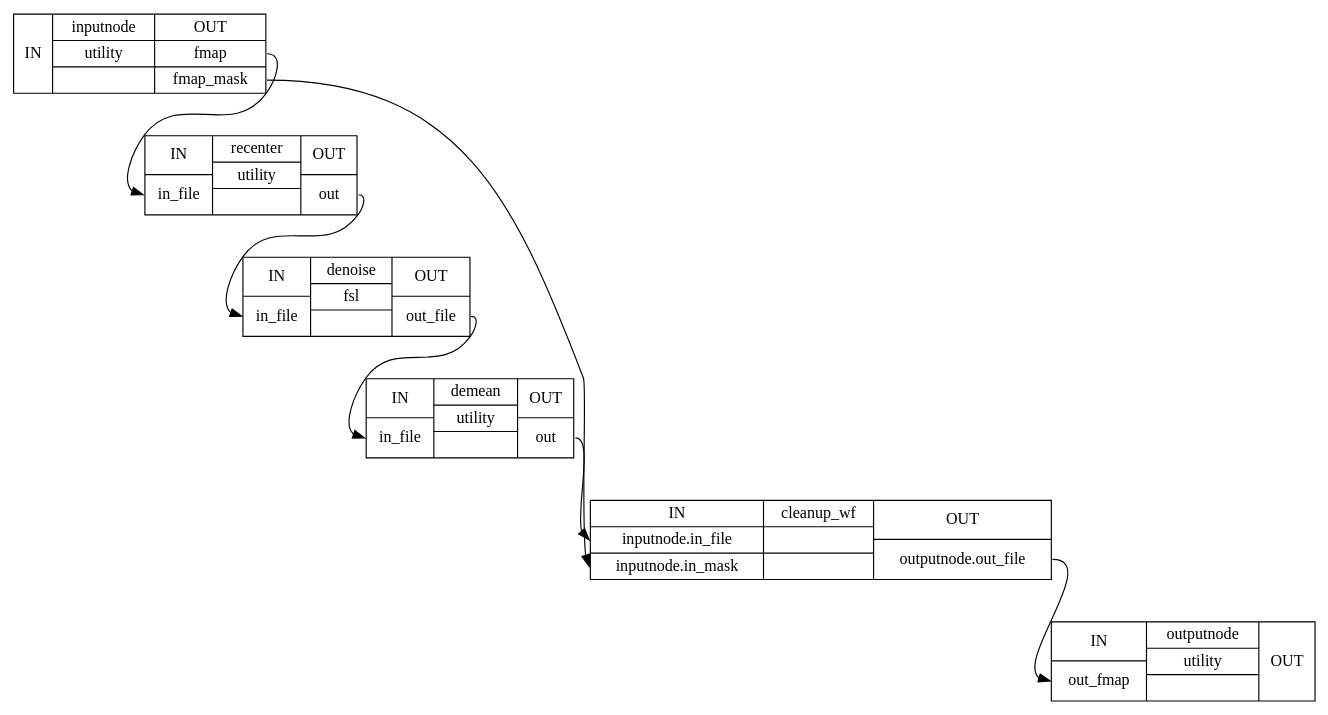
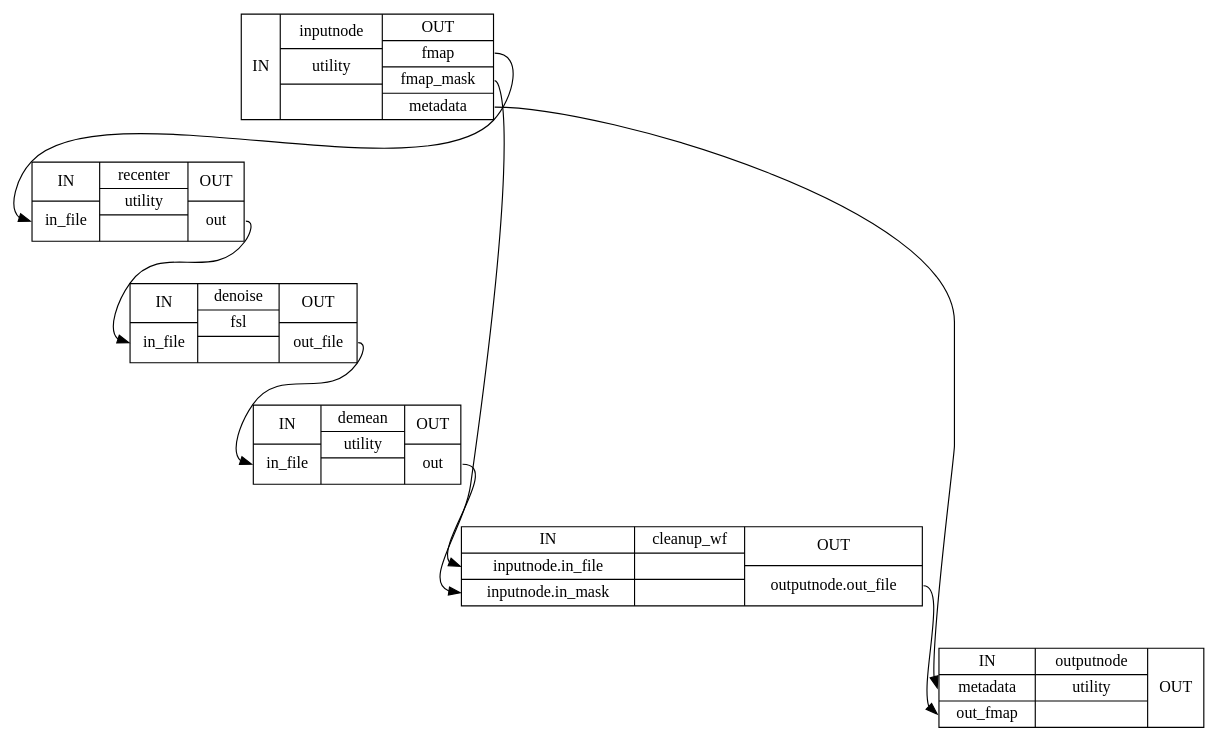
Before and after one commit to wayne009007/sdcflows: the diagram in wf_directive/api/fmap_postproc_wf/sdcflows-workflows-gre-1_detailed.dot, drawn with Graphviz. The commit also changed 189 other files, not shown here.

```diff
--- a/wf_directive/api/fmap_postproc_wf/sdcflows-workflows-gre-1_detailed.dot
+++ b/wf_directive/api/fmap_postproc_wf/sdcflows-workflows-gre-1_detailed.dot
@@ -1,15 +1,16 @@
 digraph structs {
 node [shape=record];
-fmap_postproc_wfinputnode [label="{IN}|{ inputnode | utility |  }|{OUT|<outfmap> fmap|<outfmapmask> fmap_mask}"];
+fmap_postproc_wfinputnode [label="{IN}|{ inputnode | utility |  }|{OUT|<outfmap> fmap|<outfmapmask> fmap_mask|<outmetadata> metadata}"];
 fmap_postproc_wfrecenter [label="{IN|<ininfile> in_file}|{ recenter | utility |  }|{OUT|<outout> out}"];
 fmap_postproc_wfdenoise [label="{IN|<ininfile> in_file}|{ denoise | fsl |  }|{OUT|<outoutfile> out_file}"];
 fmap_postproc_wfdemean [label="{IN|<ininfile> in_file}|{ demean | utility |  }|{OUT|<outout> out}"];
 fmap_postproc_wfcleanup_wf [label="{IN|<ininputnodeinfile> inputnode.in_file|<ininputnodeinmask> inputnode.in_mask}|{ cleanup_wf |  |  }|{OUT|<outoutputnodeoutfile> outputnode.out_file}"];
-fmap_postproc_wfoutputnode [label="{IN|<inoutfmap> out_fmap}|{ outputnode | utility |  }|{OUT}"];
+fmap_postproc_wfoutputnode [label="{IN|<inmetadata> metadata|<inoutfmap> out_fmap}|{ outputnode | utility |  }|{OUT}"];
 fmap_postproc_wfcleanup_wf:outoutputnodeoutfile:e -> fmap_postproc_wfoutputnode:inoutfmap:w;
 fmap_postproc_wfdemean:outout:e -> fmap_postproc_wfcleanup_wf:ininputnodeinfile:w;
 fmap_postproc_wfdenoise:outoutfile:e -> fmap_postproc_wfdemean:ininfile:w;
 fmap_postproc_wfinputnode:outfmap:e -> fmap_postproc_wfrecenter:ininfile:w;
 fmap_postproc_wfinputnode:outfmapmask:e -> fmap_postproc_wfcleanup_wf:ininputnodeinmask:w;
+fmap_postproc_wfinputnode:outmetadata:e -> fmap_postproc_wfoutputnode:inmetadata:w;
 fmap_postproc_wfrecenter:outout:e -> fmap_postproc_wfdenoise:ininfile:w;
 }
```
